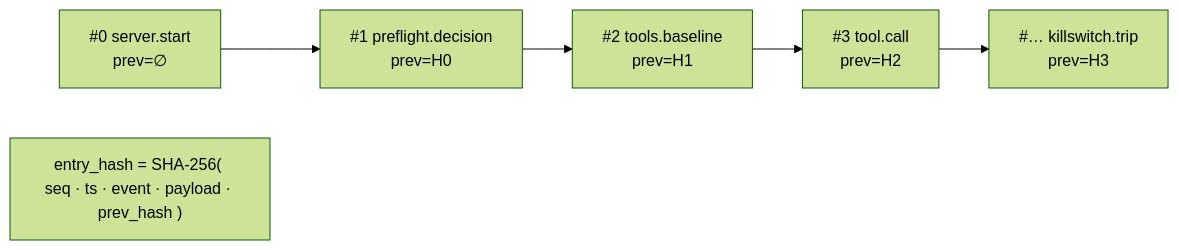
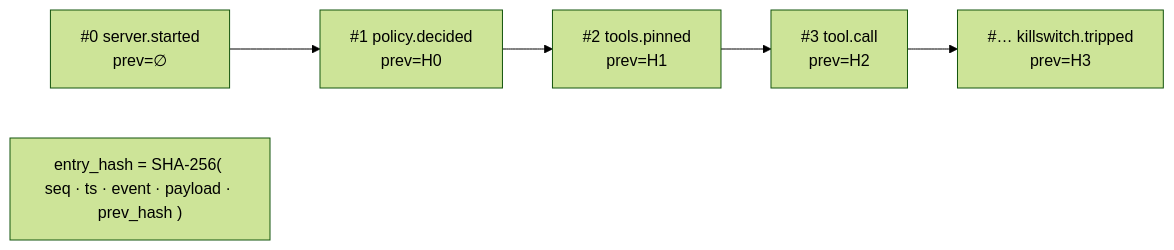
One commit to deploymenttheory/windows-mcp-server changed the third of 8 diagrams in docs/security-architecture.md. Above: the diagram before and after it, drawn with Mermaid (forest theme). The commit also changed other lines of this file and 20 other files, not shown here.

````diff
--- a/docs/security-architecture.md
+++ b/docs/security-architecture.md
@@ -189,9 +189,9 @@
 ```mermaid
 flowchart LR
-    G["#0 server.start<br/>prev=∅"] --> E1["#1 preflight.decision<br/>prev=H0"]
-    E1 --> E2["#2 tools.baseline<br/>prev=H1"]
+    G["#0 server.started<br/>prev=∅"] --> E1["#1 policy.decided<br/>prev=H0"]
+    E1 --> E2["#2 tools.pinned<br/>prev=H1"]
     E2 --> E3["#3 tool.call<br/>prev=H2"]
-    E3 --> E4["#… killswitch.trip<br/>prev=H3"]
+    E3 --> E4["#… killswitch.tripped<br/>prev=H3"]
 
     note["entry_hash = SHA-256( seq · ts · event · payload · prev_hash )"]
 ```
````
